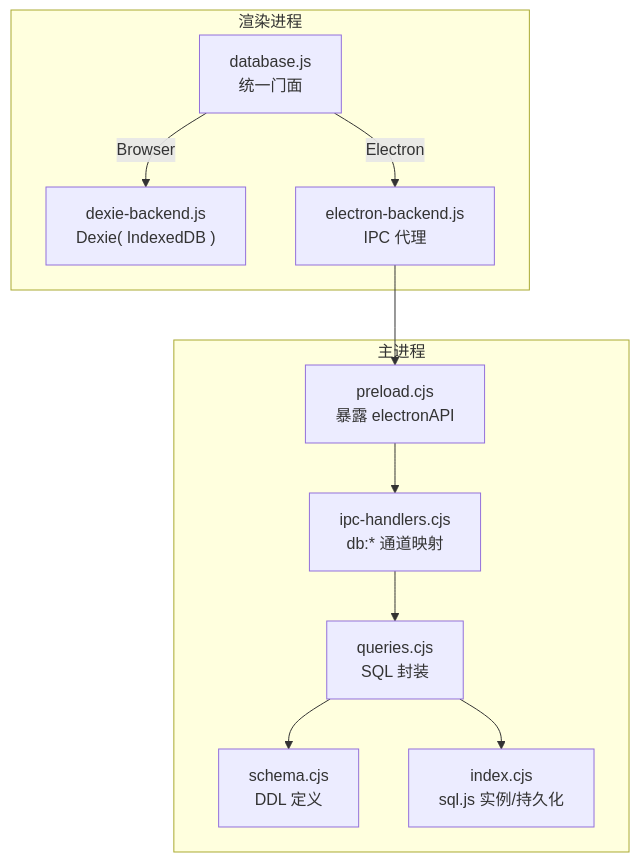
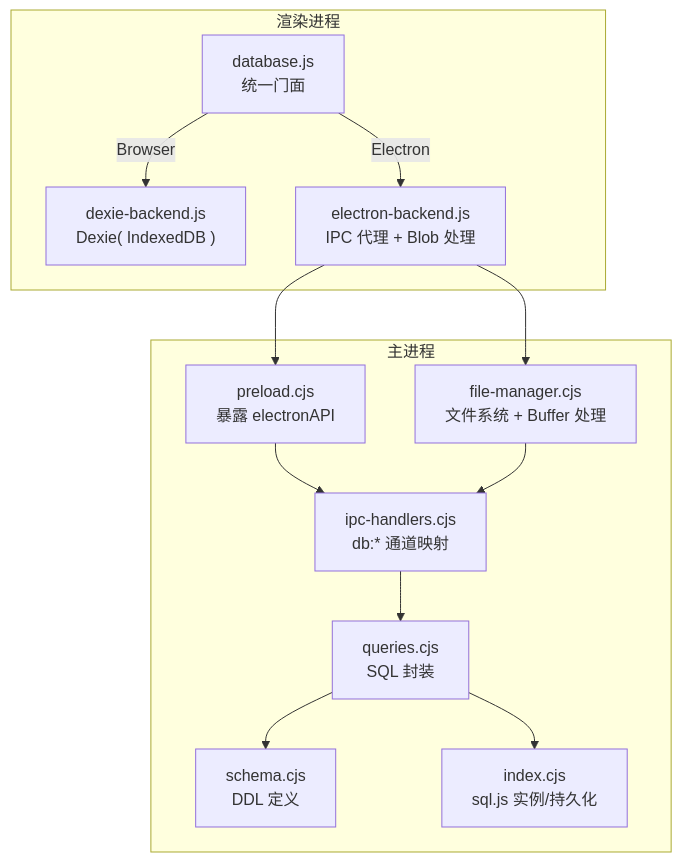
Before and after one commit to AlbusWei/AI-Image-Studio: the first of 8 diagrams in .qoder/repowiki/zh/content/数据库层/SQLite 数据库层.md, drawn with Mermaid. The commit also changed other lines of this file and 26 other files, not shown here.

Commit message:
fix: 修复 Gallery 图片显示 broken image 问题

````diff
--- a/.qoder/repowiki/zh/content/数据库层/SQLite 数据库层.md
+++ b/.qoder/repowiki/zh/content/数据库层/SQLite 数据库层.md
@@ -43,22 +53,25 @@
 ```mermaid
 graph TB
 subgraph "渲染进程"
 DBFacade["database.js<br/>统一门面"]
 DexieBackend["dexie-backend.js<br/>Dexie( IndexedDB )"]
-ElectronBackend["electron-backend.js<br/>IPC 代理"]
+ElectronBackend["electron-backend.js<br/>IPC 代理 + Blob 处理"]
 end
 subgraph "主进程"
 Preload["preload.cjs<br/>暴露 electronAPI"]
 IPC["ipc-handlers.cjs<br/>db:* 通道映射"]
 Queries["queries.cjs<br/>SQL 封装"]
 Schema["schema.cjs<br/>DDL 定义"]
 IndexCJS["index.cjs<br/>sql.js 实例/持久化"]
+FileManager["file-manager.cjs<br/>文件系统 + Buffer 处理"]
 end
 DBFacade --> |Electron| ElectronBackend
 DBFacade --> |Browser| DexieBackend
 ElectronBackend --> Preload
 Preload --> IPC
 IPC --> Queries
 Queries --> IndexCJS
 Queries --> Schema
+ElectronBackend --> FileManager
+FileManager --> IPC
 ```
````
